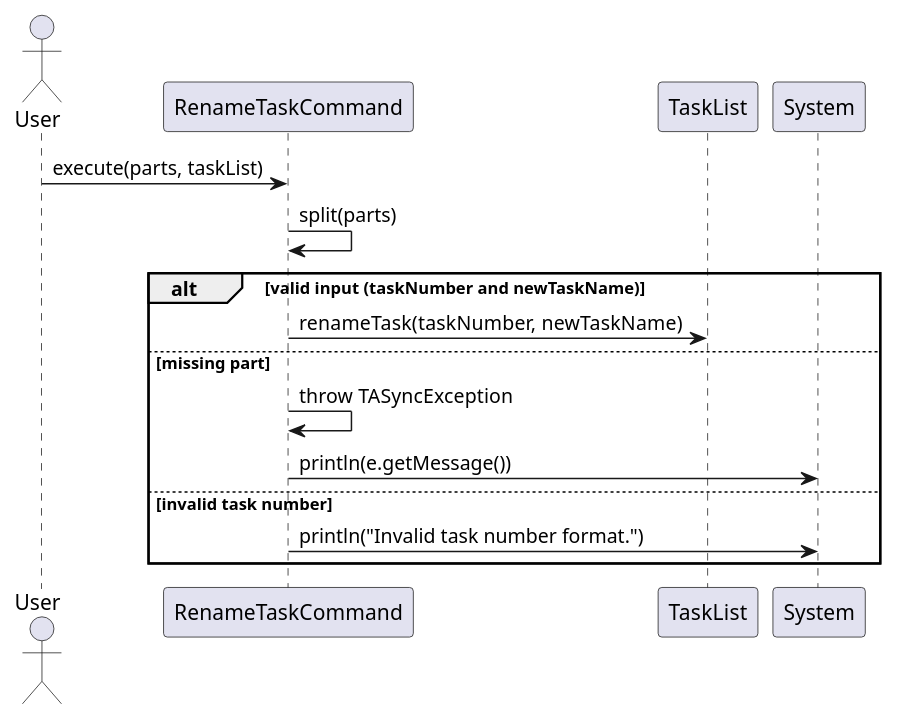
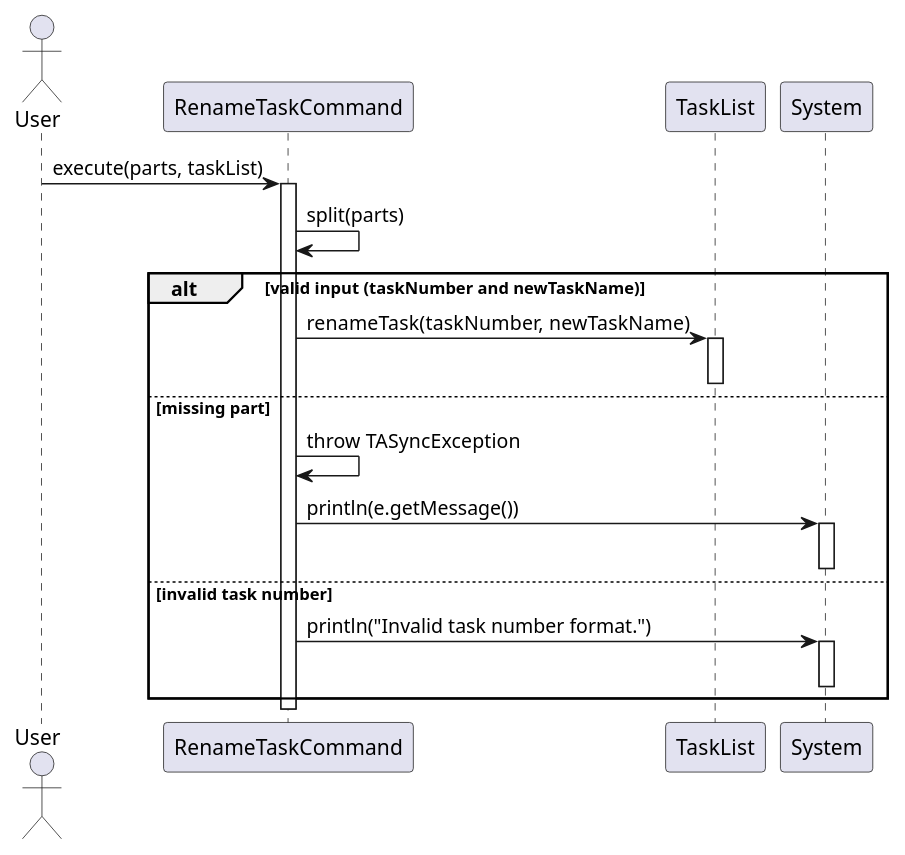
Before and after one commit to wongyihao02/tp: the diagram in docs/diagrams/tasklistcommands/RenameTaskCommandSequenceDiagram.puml, drawn with PlantUML. The commit also changed 19 other files, not shown here.

Commit message:
Add activation bar for task command sequence diagrams

```diff
--- a/docs/diagrams/tasklistcommands/RenameTaskCommandSequenceDiagram.puml
+++ b/docs/diagrams/tasklistcommands/RenameTaskCommandSequenceDiagram.puml
@@ -1,22 +1,31 @@
 @startuml
 'https://plantuml.com/sequence-diagram
 
 actor User
 
 participant "RenameTaskCommand" as RenameCmd
 participant "TaskList" as TaskList
 participant "System" as Console
 
 User -> RenameCmd : execute(parts, taskList)
+activate RenameCmd
 
 RenameCmd -> RenameCmd : split(parts)
+
 alt valid input (taskNumber and newTaskName)
     RenameCmd -> TaskList : renameTask(taskNumber, newTaskName)
+    activate TaskList
+    deactivate TaskList
 else missing part
     RenameCmd -> RenameCmd : throw TASyncException
     RenameCmd -> Console : println(e.getMessage())
+    activate Console
+    deactivate Console
 else invalid task number
     RenameCmd -> Console : println("Invalid task number format.")
+    activate Console
+    deactivate Console
 end
 
+deactivate RenameCmd
 @enduml
```
